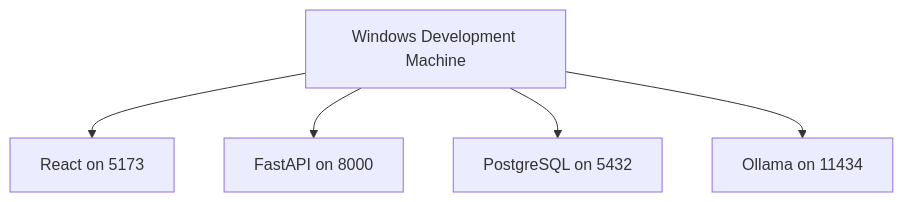
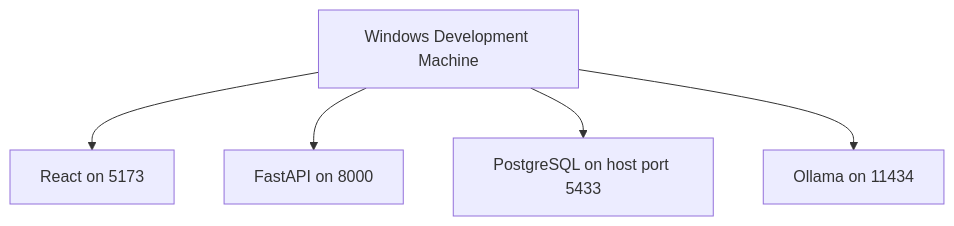
One commit to mohamedwaked05/Sou2-AI changed the fifth of 5 diagrams in ARCHITECTURE.md. Above: the diagram before and after it, drawn with Mermaid. The commit also changed other lines of this file and 29 other files, not shown here.

Commit message:
fix(database): make PostgreSQL test connections reliable

````diff
--- a/ARCHITECTURE.md
+++ b/ARCHITECTURE.md
@@ -154,8 +209,8 @@
 ```mermaid
 flowchart TD
     PC[Windows Development Machine]
     PC --> FE[React on 5173]
     PC --> BE[FastAPI on 8000]
-    PC --> PG[PostgreSQL on 5432]
+    PC --> PG[PostgreSQL on host port 5433]
     PC --> OL[Ollama on 11434]
 ```
````
